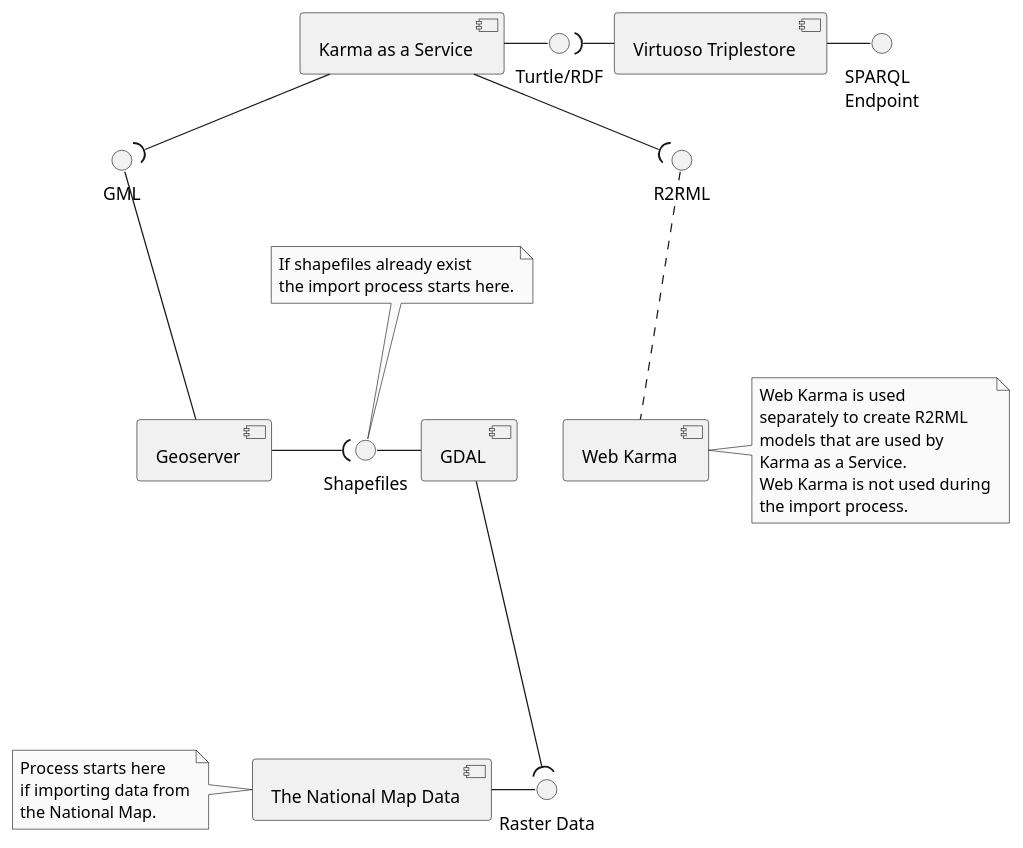
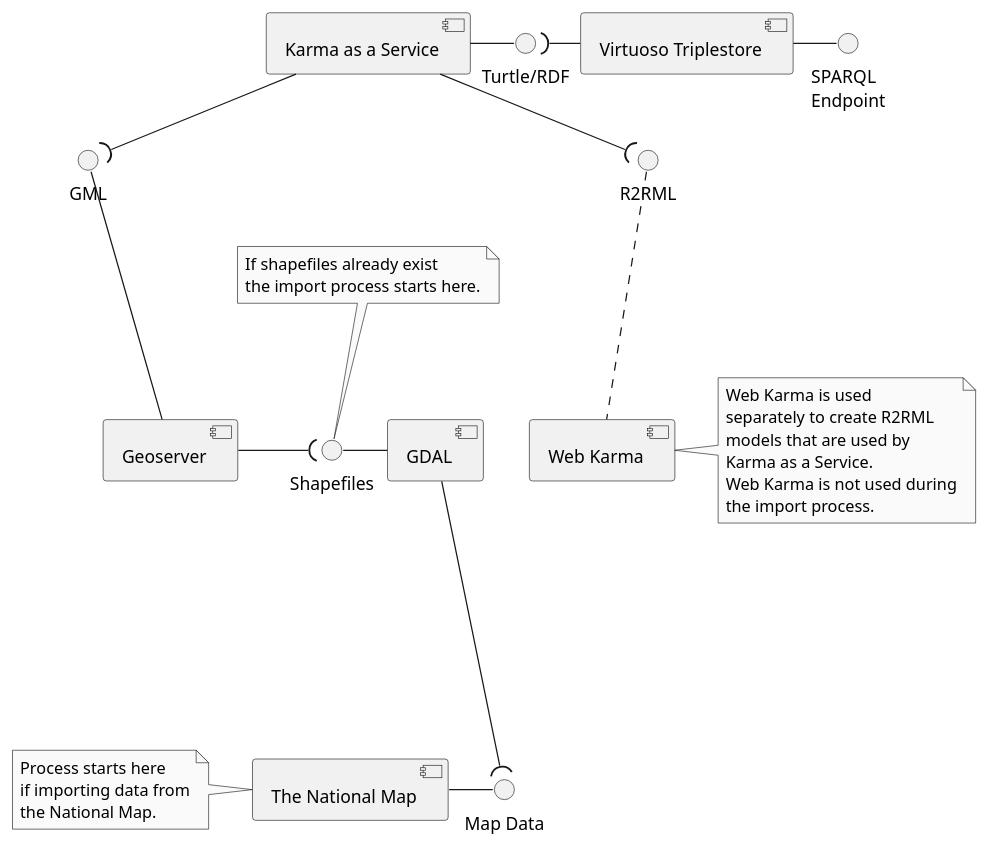
Before and after one commit to Jacoscript/mapkb-docker-container: the diagram in makb-devops/diagrams/Import Process.wsd, drawn with PlantUML.

Commit message:
Changed layout and wording slightly.

```diff
--- a/makb-devops/diagrams/Import Process.wsd
+++ b/makb-devops/diagrams/Import Process.wsd
@@ -1,46 +1,46 @@
 @startuml "MapKB Data Import Process"
 skinparam monochrome true
 interface "SPARQL\nEndpoint" as sparql
-interface "Raster Data" as raster
+interface "Map Data" as tnm_data
 interface GML as gml
 interface R2RML as r2rml
 interface "Turtle/RDF" as rdf
 interface "Shapefiles" as shapefiles
 [Virtuoso Triplestore] as virtuoso
 [Geoserver] as geoserver
 [Karma as a Service] as kaas
 [Web Karma] as wk
 [GDAL] as gdal
-[The National Map Data] as tnm
+[The National Map] as tnm
 wk --[hidden]-- kaas
+gdal --[hidden]--tnm
 geoserver --[hidden]-- kaas
-gdal --[hidden]-- tnm
 kaas -( gml
 gml - geoserver
 r2rml . wk
 kaas -( r2rml
 kaas - rdf
 rdf )- virtuoso
 shapefiles - gdal
 geoserver -( shapefiles
-tnm - raster
-raster )- gdal
+tnm - tnm_data
+tnm_data )- gdal
 virtuoso - sparql
 note right of wk
     Web Karma is used 
     separately to create R2RML
     models that are used by
     Karma as a Service.
     Web Karma is not used during
     the import process.
 end note
 note left of tnm
     Process starts here 
     if importing data from
     the National Map.
 end note
 note top of shapefiles
     If shapefiles already exist 
     the import process starts here.
 end note
 @enduml
```
